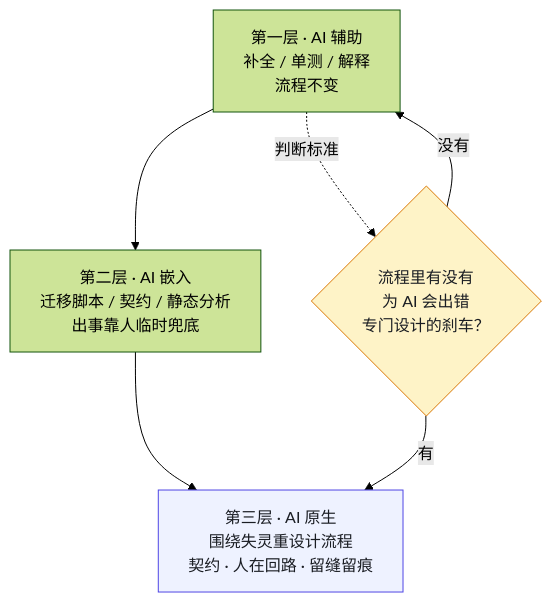
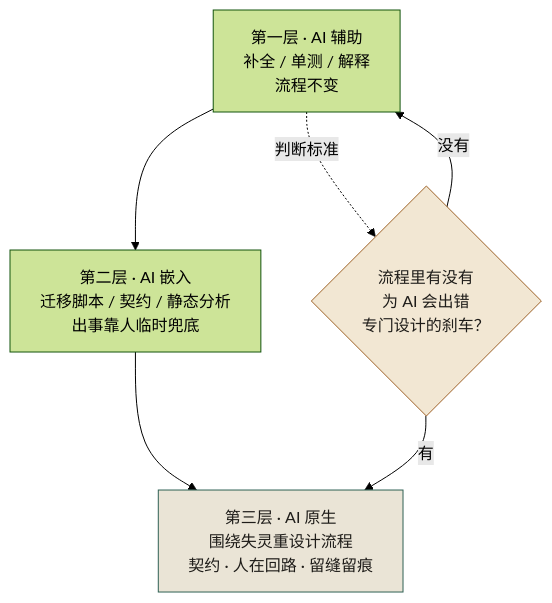
The second of 3 diagrams in docs/manuscript/ch06-第1章-AI原生不是让AI写代码.md (funny8kids/AI_Native_Software_Engineering), drawn with Mermaid (forest theme) before and after one commit. The commit also changed other lines of this file and 81 other files, not shown here.

````diff
--- a/docs/manuscript/ch06-第1章-AI原生不是让AI写代码.md
+++ b/docs/manuscript/ch06-第1章-AI原生不是让AI写代码.md
@@ -56,10 +61,10 @@
 ```mermaid
 flowchart TB
   L1["第一层 · AI 辅助<br/>补全 / 单测 / 解释<br/>流程不变"] --> L2["第二层 · AI 嵌入<br/>迁移脚本 / 契约 / 静态分析<br/>出事靠人临时兜底"]
   L2 --> L3["第三层 · AI 原生<br/>围绕失灵重设计流程<br/>契约 · 人在回路 · 留缝留痕"]
   L1 -.判断标准.-> Q{"流程里有没有<br/>为 AI 会出错<br/>专门设计的刹车？"}
   Q -->|没有| L1
   Q -->|有| L3
-  style L3 fill:#eef2ff,stroke:#4f46e5,color:#1a1d23
-  style Q fill:#fef3c7,stroke:#d97706,color:#1a1d23
+  style L3 fill:#eae4d6,stroke:#2f6154,color:#1e1c19
+  style Q fill:#f2e7d3,stroke:#9d6127,color:#1e1c19
 ```
````
